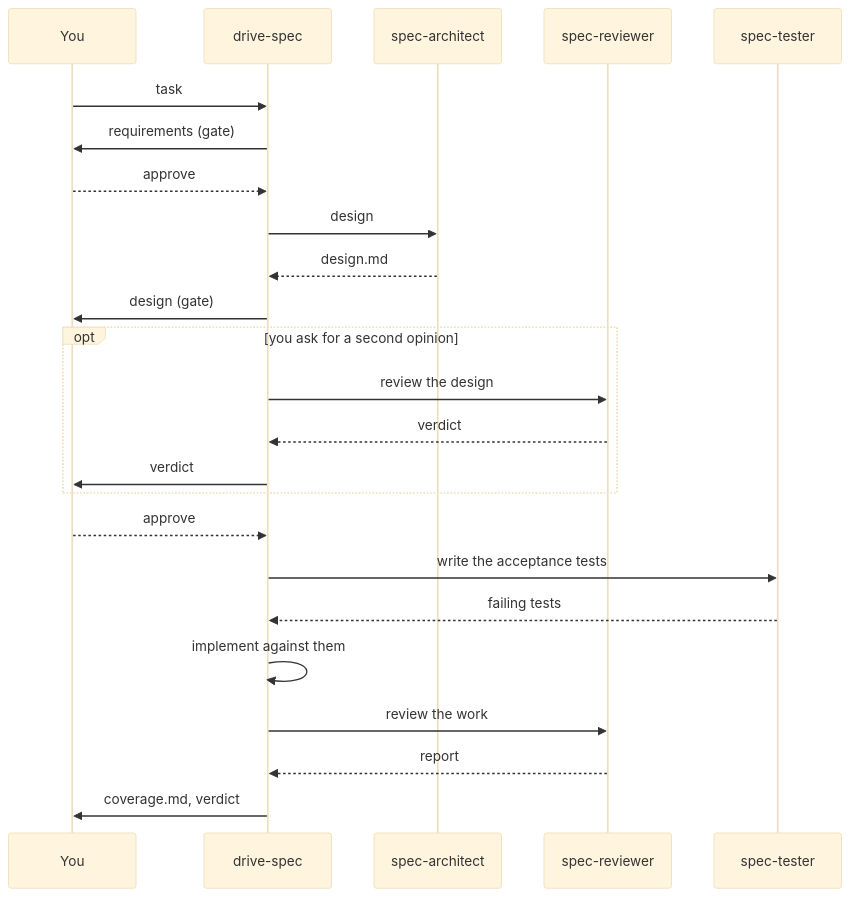
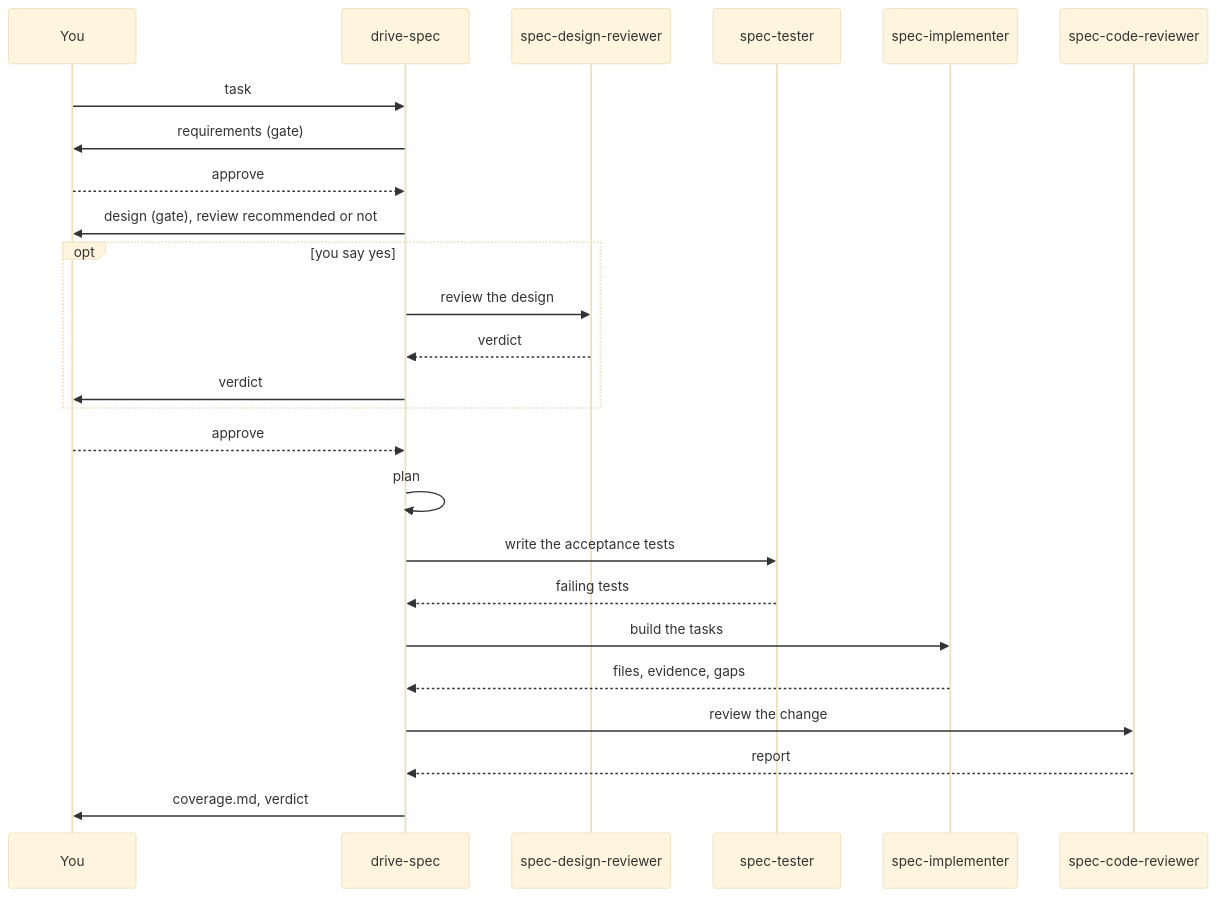
The third of 4 diagrams in plugins/my-workflow/DESIGN.md (SimonWang9610/my-claude), drawn with Mermaid (base theme) before and after one commit. The commit also changed other lines of this file and 38 other files, not shown here.

````diff
--- a/plugins/my-workflow/DESIGN.md
+++ b/plugins/my-workflow/DESIGN.md
@@ -206,26 +222,27 @@
 ```mermaid
 sequenceDiagram
   participant U as You
   participant D as drive-spec
-  participant A as spec-architect
-  participant R as spec-reviewer
+  participant DR as spec-design-reviewer
   participant T as spec-tester
+  participant I as spec-implementer
+  participant CR as spec-code-reviewer
   U->>D: task
   D->>U: requirements (gate)
   U-->>D: approve
-  D->>A: design
-  A-->>D: design.md
-  D->>U: design (gate)
-  opt you ask for a second opinion
-    D->>R: review the design
-    R-->>D: verdict
+  D->>U: design (gate), review recommended or not
+  opt you say yes
+    D->>DR: review the design
+    DR-->>D: verdict
     D->>U: verdict
   end
   U-->>D: approve
+  D->>D: plan
   D->>T: write the acceptance tests
   T-->>D: failing tests
-  D->>D: implement against them
-  D->>R: review the work
-  R-->>D: report
+  D->>I: build the tasks
+  I-->>D: files, evidence, gaps
+  D->>CR: review the change
+  CR-->>D: report
   D->>U: coverage.md, verdict
 ```
````
